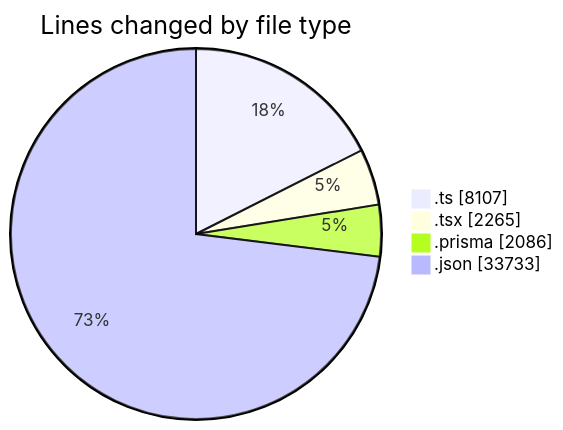
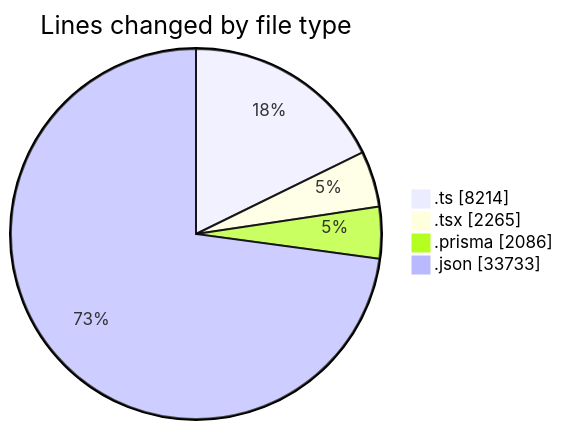
One commit to CELIANVF/code-tracking changed the first of 2 diagrams in 2025-05-19/ecodeli-1/README.md. Above: the diagram before and after it, drawn with Mermaid. The commit also changed other lines of this file and 1 other file, not shown here.

````diff
--- a/2025-05-19/ecodeli-1/README.md
+++ b/2025-05-19/ecodeli-1/README.md
@@ -50,8 +50,8 @@
 ```mermaid
 pie showData
 title Lines changed by file type
-".ts" : 8107
+".ts" : 8214
 ".tsx" : 2265
 ".prisma" : 2086
 ".json" : 33733
 ```
````
